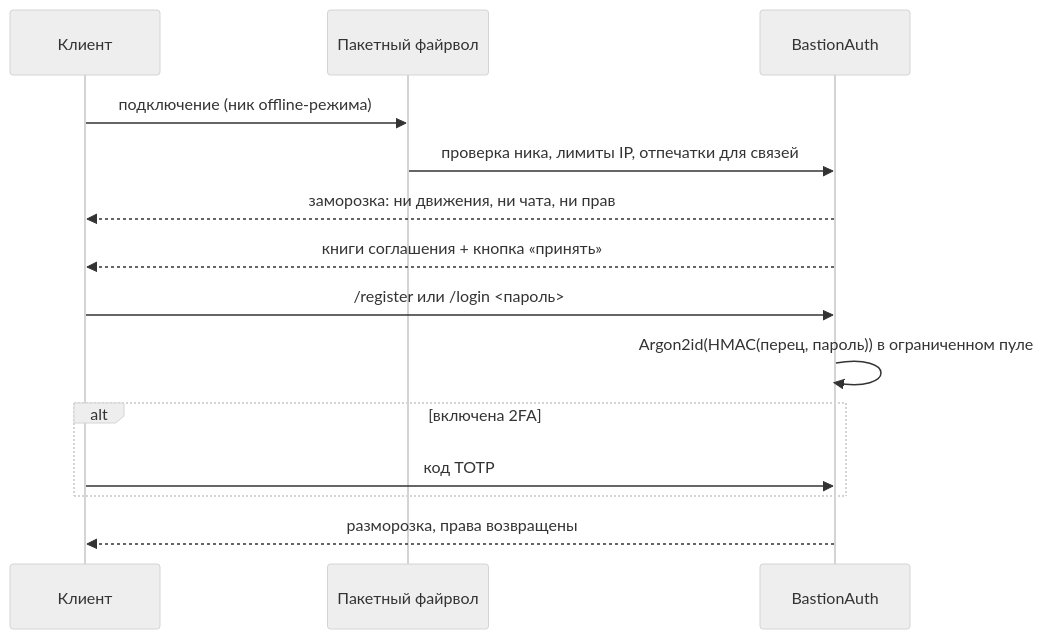
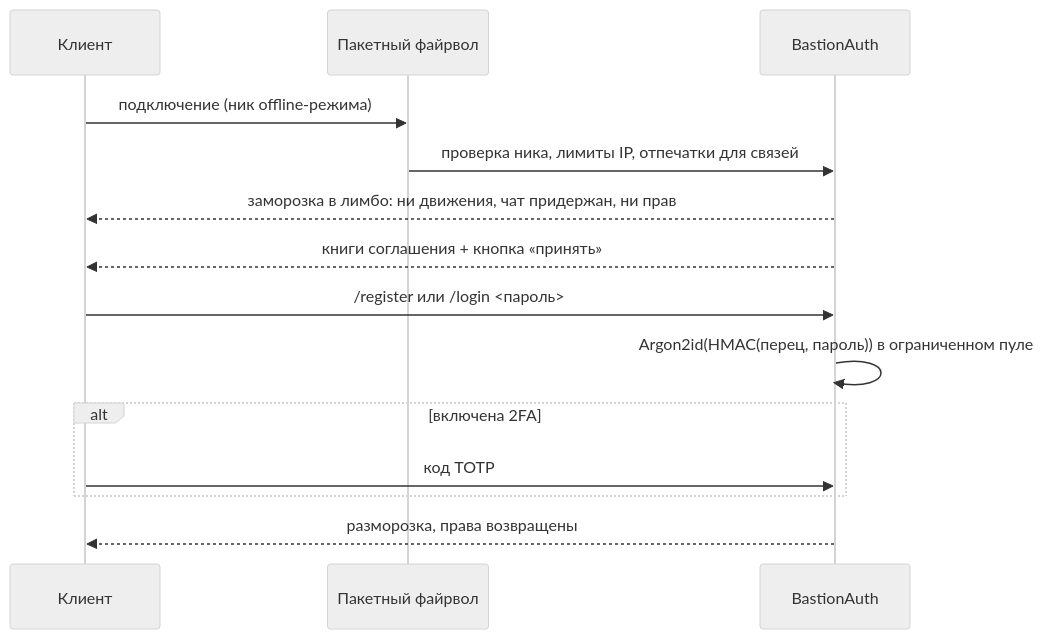
Before and after one commit to dhehdjebejen-beep/Bastion: the diagram in BastionAuth/README.ru.md, drawn with Mermaid (neutral theme). The commit also changed other lines of this file and 11 other files, not shown here.

````diff
--- a/BastionAuth/README.ru.md
+++ b/BastionAuth/README.ru.md
@@ -80,16 +83,16 @@
 ```mermaid
 sequenceDiagram
     participant C as Клиент
     participant F as Пакетный файрвол
     participant A as BastionAuth
     C->>F: подключение (ник offline-режима)
     F->>A: проверка ника, лимиты IP, отпечатки для связей
-    A-->>C: заморозка: ни движения, ни чата, ни прав
+    A-->>C: заморозка в лимбо: ни движения, чат придержан, ни прав
     A-->>C: книги соглашения + кнопка «принять»
     C->>A: /register или /login <пароль>
     A->>A: Argon2id(HMAC(перец, пароль)) в ограниченном пуле
     alt включена 2FA
         C->>A: код TOTP
     end
     A-->>C: разморозка, права возвращены
 ```
````
